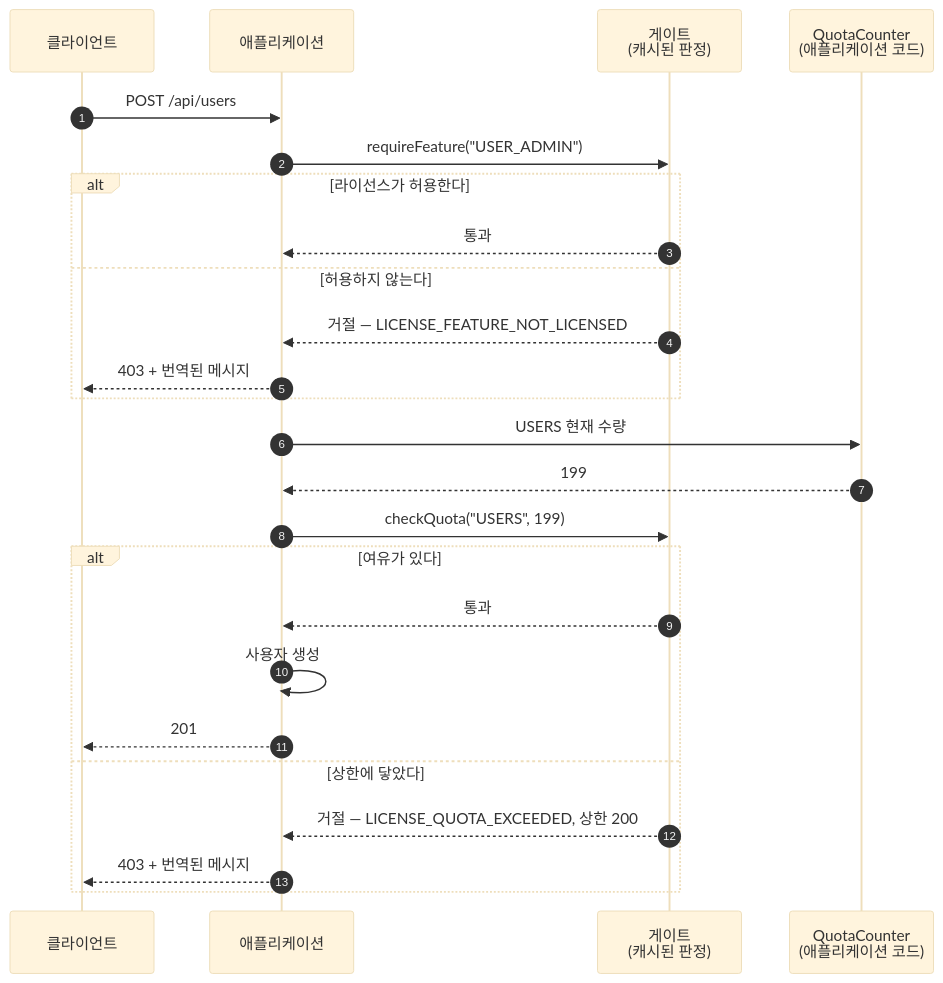
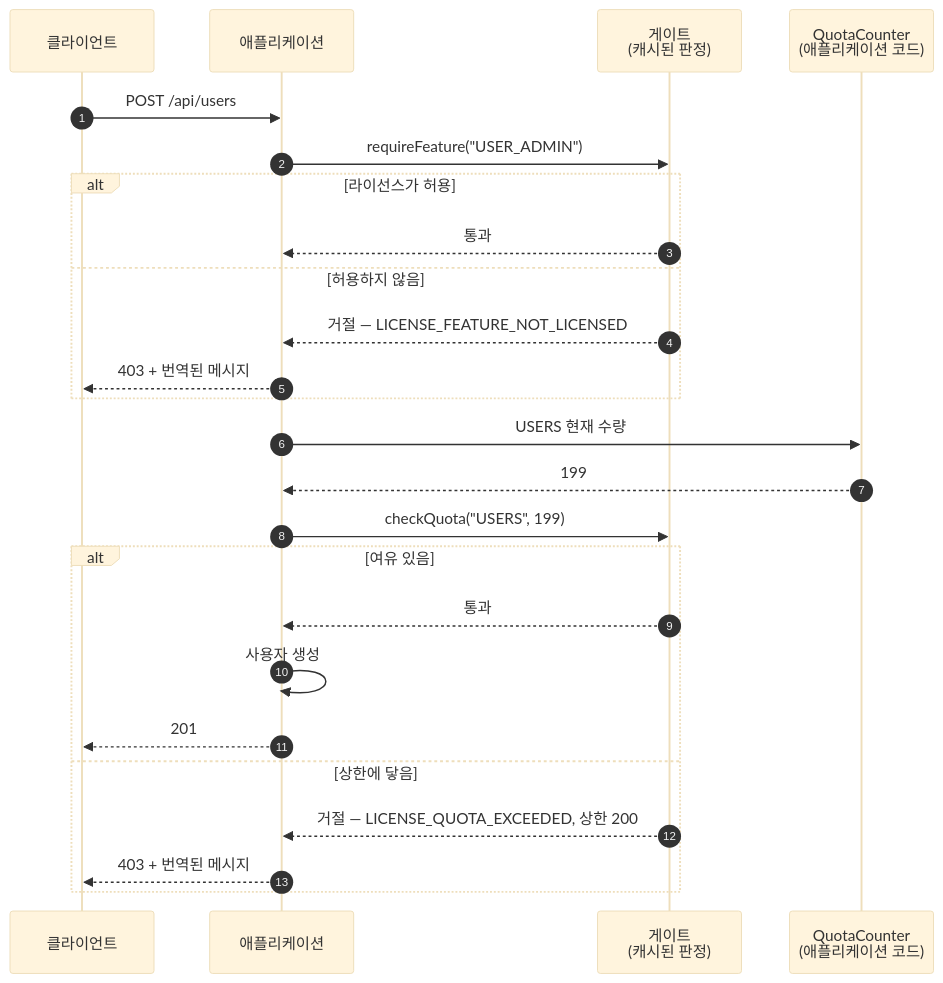
One commit to accesscore-dev/accesscore-license-sdk-dist changed the third of 7 diagrams in docs/manual/ko/concepts.md. Above: the diagram before and after it, drawn with Mermaid (base theme). The commit also changed other lines of this file and 5 other files, not shown here.

````diff
--- a/docs/manual/ko/concepts.md
+++ b/docs/manual/ko/concepts.md
@@ -136,29 +140,29 @@
 ```mermaid
 sequenceDiagram
     autonumber
     participant Cli as 클라이언트
     participant App as 애플리케이션
     participant Gate as 게이트<br/>(캐시된 판정)
     participant Q as QuotaCounter<br/>(애플리케이션 코드)
 
     Cli->>App: POST /api/users
     App->>Gate: requireFeature("USER_ADMIN")
-    alt 라이선스가 허용한다
+    alt 라이선스가 허용
         Gate-->>App: 통과
-    else 허용하지 않는다
+    else 허용하지 않음
         Gate-->>App: 거절 — LICENSE_FEATURE_NOT_LICENSED
         App-->>Cli: 403 + 번역된 메시지
     end
 
     App->>Q: USERS 현재 수량
     Q-->>App: 199
     App->>Gate: checkQuota("USERS", 199)
-    alt 여유가 있다
+    alt 여유 있음
         Gate-->>App: 통과
         App->>App: 사용자 생성
         App-->>Cli: 201
-    else 상한에 닿았다
+    else 상한에 닿음
         Gate-->>App: 거절 — LICENSE_QUOTA_EXCEEDED, 상한 200
         App-->>Cli: 403 + 번역된 메시지
     end
 ```
````
